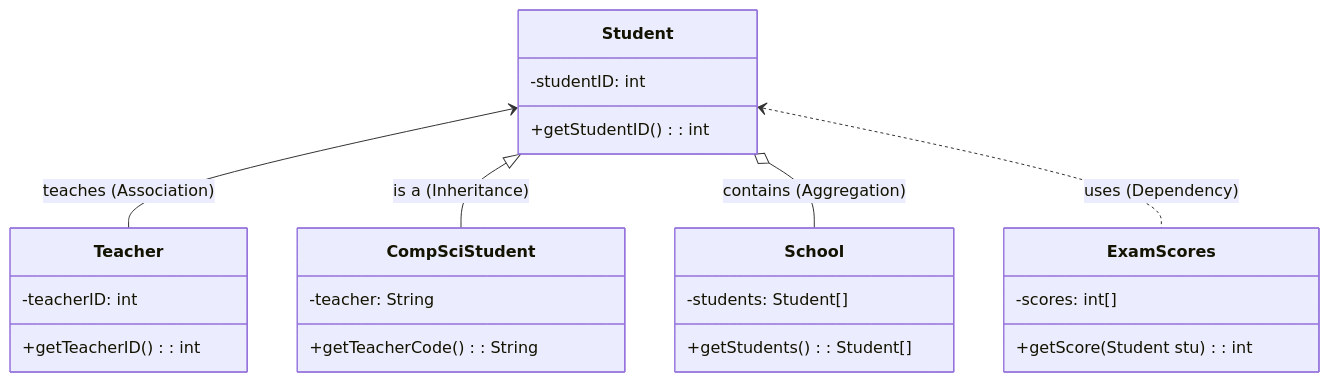
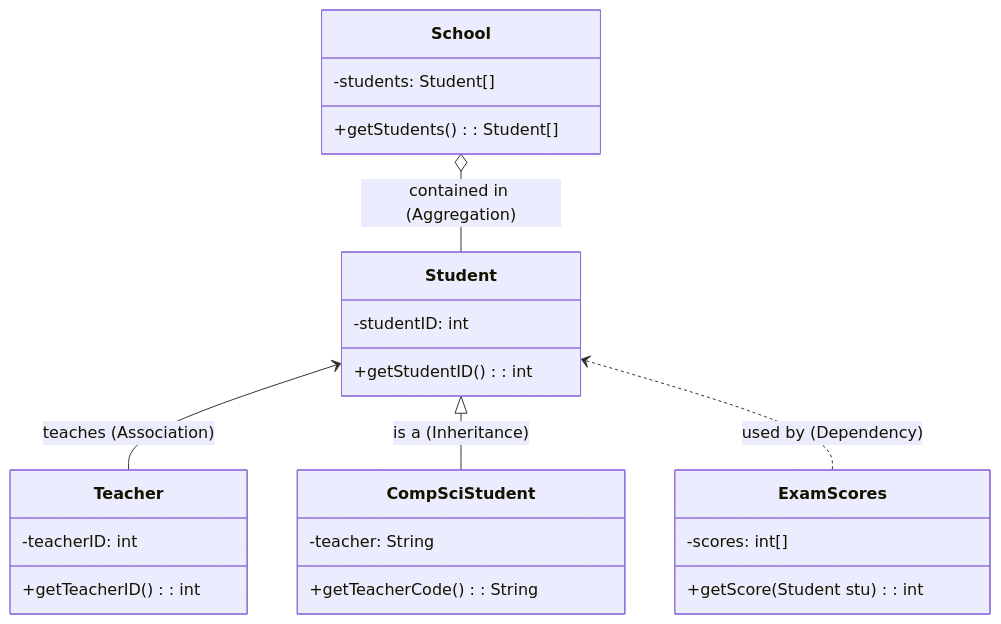
The fourth of 7 diagrams in docs/SLHL/04.md (rakuzen25/compsci-notes), drawn with Mermaid before and after one commit. The commit also changed other lines of this file and 5 other files, not shown here.

Commit message:
fix(SL04): fix wrong UML example

````diff
--- a/docs/SLHL/04.md
+++ b/docs/SLHL/04.md
@@ -333,28 +334,28 @@
 ```mermaid
 classDiagram
     class Student {
         -studentID: int
         +getStudentID(): int
     }
     class Teacher {
         -teacherID: int
         +getTeacherID(): int
     }
     class CompSciStudent {
         -teacher: String
         +getTeacherCode(): String
     }
     class School {
         -students: Student[]
         +getStudents(): Student[]
     }
     class ExamScores {
         -scores: int[]
         +getScore(Student stu): int
     }
 
     Student <-- Teacher : teaches (Association)
     Student <|-- CompSciStudent : is a (Inheritance)
-    Student o-- School : contains (Aggregation)
-    Student <.. ExamScores : uses (Dependency)
+    School o-- Student : contained in (Aggregation)
+    Student <.. ExamScores : used by (Dependency)
 ```
````
